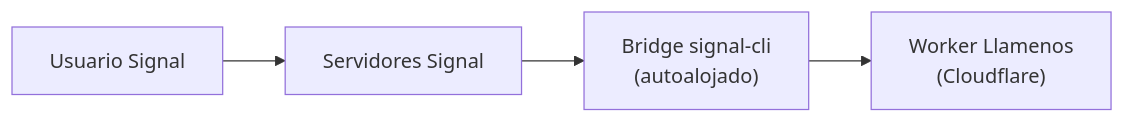
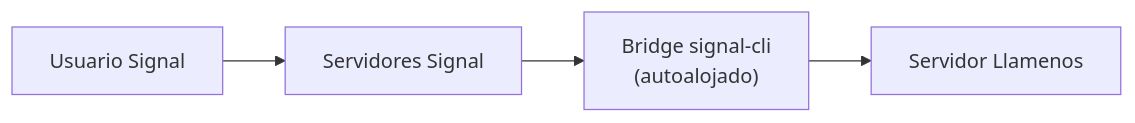
The diagram in site/src/content/docs/es/setup-signal.md (rhonda-rodododo/llamenos-hotline), drawn with Mermaid before and after one commit. The commit also changed other lines of this file and 101 other files, not shown here.

````diff
--- a/site/src/content/docs/es/setup-signal.md
+++ b/site/src/content/docs/es/setup-signal.md
@@ -17,6 +17,6 @@
 ```mermaid
 flowchart LR
     User["Usuario Signal"] --> Servers["Servidores Signal"]
     Servers --> Bridge["Bridge signal-cli<br/>(autoalojado)"]
-    Bridge --> Worker["Worker Llamenos<br/>(Cloudflare)"]
+    Bridge --> Worker["Servidor Llamenos"]
 ```
````
